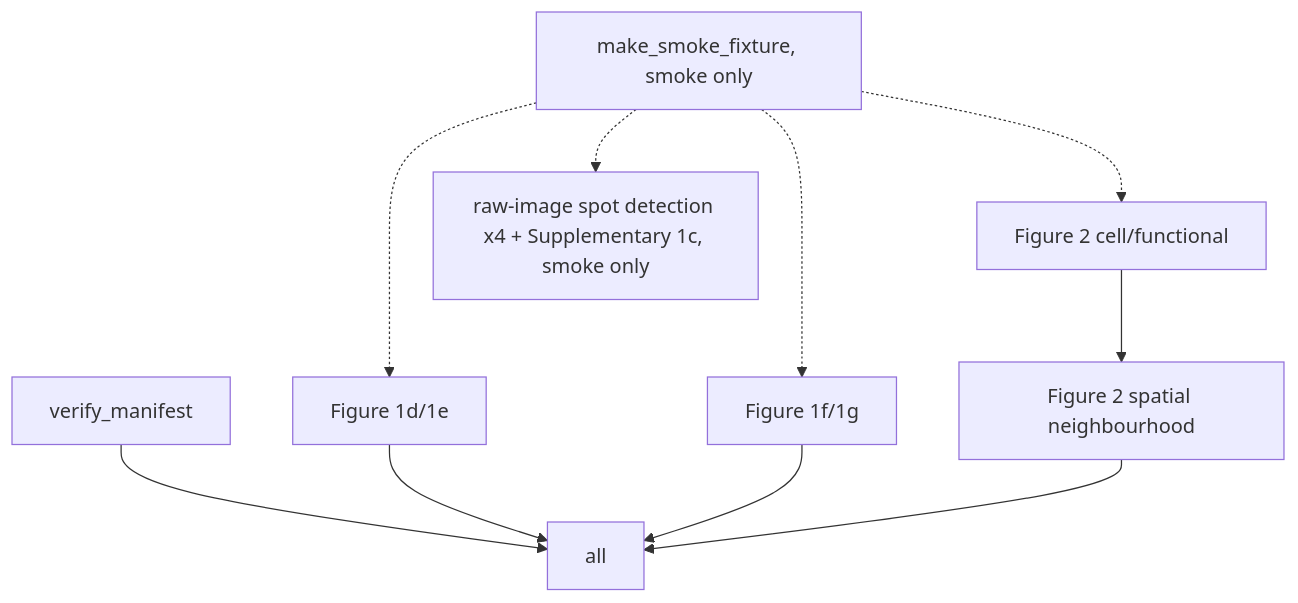
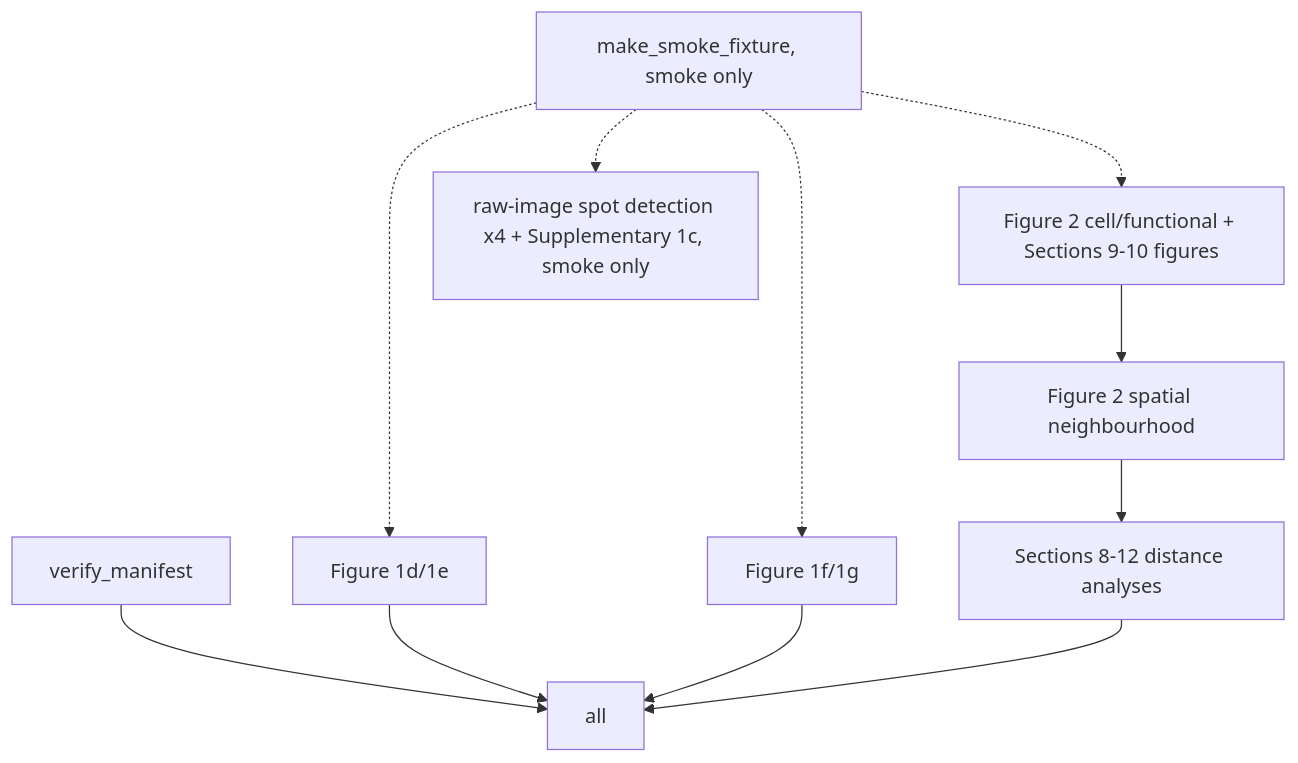
Before and after one commit to alejandro-soto-franco/NanoSTAMP: the diagram in README.md, drawn with Mermaid. The commit also changed other lines of this file, not shown here.

First line of the commit message:
Update the README for the completed Sections 8-12 and 9-10 port

````diff
--- a/README.md
+++ b/README.md
@@ -94,12 +95,13 @@
 ```mermaid
 graph TD
     manifest[verify_manifest] --> all
     spleen_lnp[Figure 1d/1e] --> all
     neighborhoods[Figure 1f/1g] --> all
-    cell_functional[Figure 2 cell/functional] --> spatial_neighborhood[Figure 2 spatial neighbourhood]
-    spatial_neighborhood --> all
+    cell_functional[Figure 2 cell/functional + Sections 9-10 figures] --> spatial_neighborhood[Figure 2 spatial neighbourhood]
+    spatial_neighborhood --> spatial_distance[Sections 8-12 distance analyses]
+    spatial_distance --> all
     fixture[make_smoke_fixture, smoke only] -.-> spleen_lnp
     fixture -.-> neighborhoods
     fixture -.-> cell_functional
     fixture -.-> raw_image[raw-image spot detection x4 + Supplementary 1c, smoke only]
 ```
````
